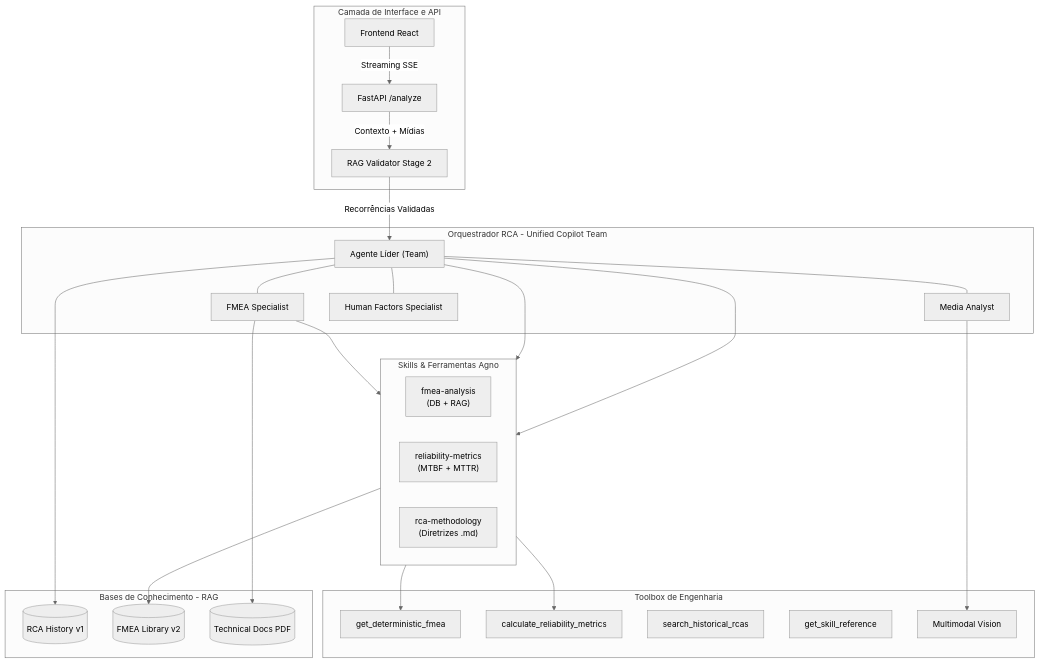
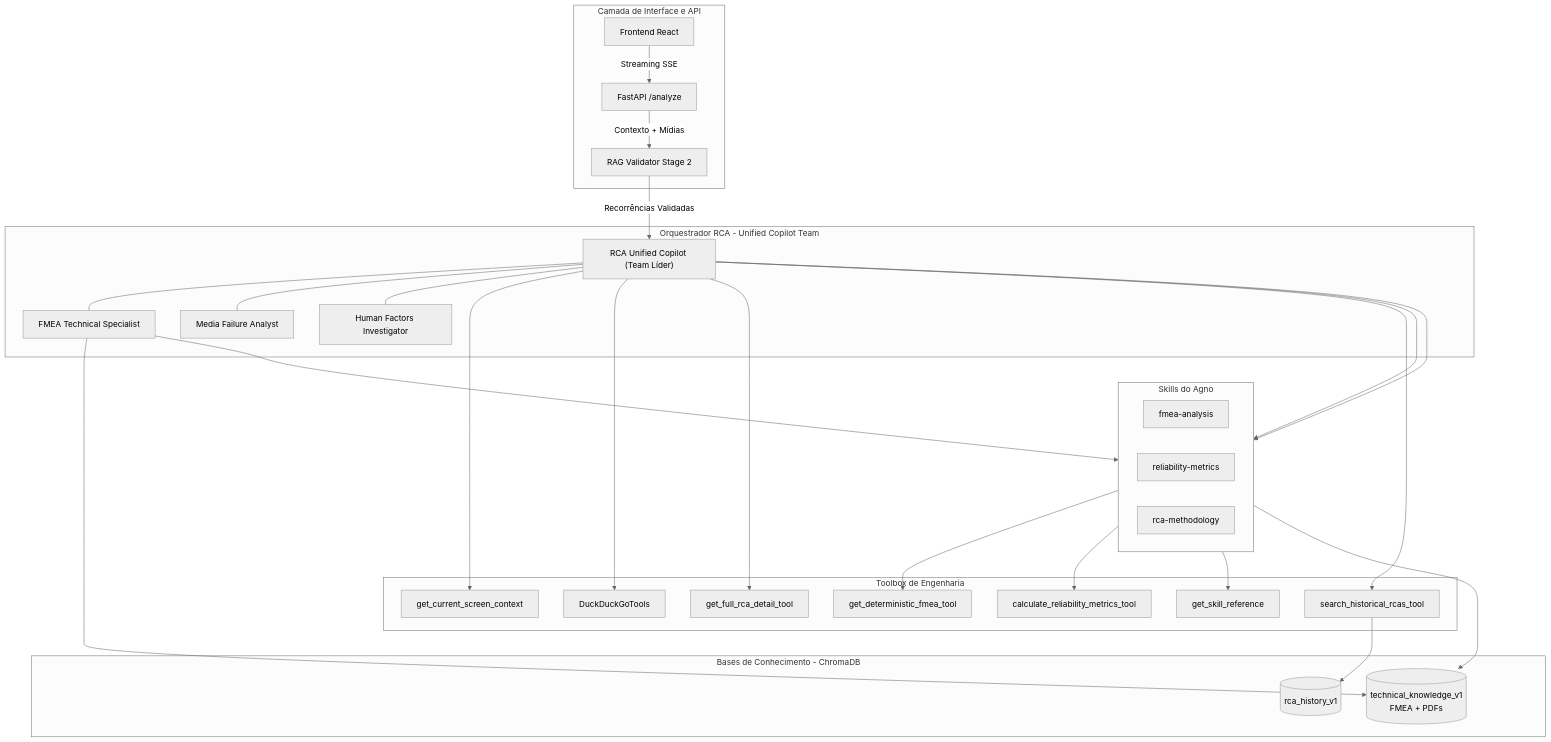
One commit to GuimaraesL/RCA-System changed the diagram in docs/ai/architecture_orchestration.md. Above: the diagram before and after it, drawn with Mermaid (neutral theme). The commit also changed other lines of this file and 6 other files, not shown here.

````diff
--- a/docs/ai/architecture_orchestration.md
+++ b/docs/ai/architecture_orchestration.md
@@ -7,46 +7,51 @@
 ```mermaid
 graph TB
     subgraph UI_API [Camada de Interface e API]
         A[Frontend React] -->|Streaming SSE| B[FastAPI /analyze]
         B -->|Contexto + Mídias| C[RAG Validator Stage 2]
     end
 
     subgraph ORCHESTRATOR [Orquestrador RCA - Unified Copilot Team]
-        C -->|Recorrências Validadas| D["Agente Líder (Team)"]
-        D --- E[FMEA Specialist]
-        D --- F[Media Analyst]
-        D --- G[Human Factors Specialist]
+        C -->|Recorrências Validadas| D["RCA Unified Copilot (Team Líder)"]
+        D --- E[FMEA Technical Specialist]
+        D --- F[Media Failure Analyst]
+        D --- G[Human Factors Investigator]
     end
 
-    subgraph SKILLS [Skills & Ferramentas Agno]
+    subgraph SKILLS [Skills do Agno]
         direction LR
-        H["fmea-analysis<br/>(DB + RAG)"]
-        I["reliability-metrics<br/>(MTBF + MTTR)"]
-        J["rca-methodology<br/>(Diretrizes .md)"]
+        H["fmea-analysis"]
+        I["reliability-metrics"]
+        J["rca-methodology"]
     end
 
     subgraph TOOLS [Toolbox de Engenharia]
-        T1[get_deterministic_fmea]
-        T2[calculate_reliability_metrics]
-        T3[search_historical_rcas]
+        T1[get_deterministic_fmea_tool]
+        T2[calculate_reliability_metrics_tool]
+        T3[search_historical_rcas_tool]
         T4[get_skill_reference]
-        T5[Multimodal Vision]
+        T5[get_current_screen_context]
+        T6[DuckDuckGoTools]
+        T7[get_full_rca_detail_tool]
     end
 
-    subgraph KNOWLEDGE [Bases de Conhecimento - RAG]
-        K1[(RCA History v1)]
-        K2[(FMEA Library v2)]
-        K3[(Technical Docs PDF)]
+    subgraph KNOWLEDGE [Bases de Conhecimento - ChromaDB]
+        K1[(rca_history_v1)]
+        K2[(technical_knowledge_v1<br/>FMEA + PDFs)]
     end
 
     %% Conexões de Dados
     E --> H
     D --> I
     D --> J
+    D --> T5
+    D --> T6
+    D --> T7
     H --> T1
     I --> T2
-    F --> T5
+    D --> T3
+    J --> T4
     H --> K2
-    E --> K3
-    D --> K1
+    E --> K2
+    T3 --> K1
 ```
````
